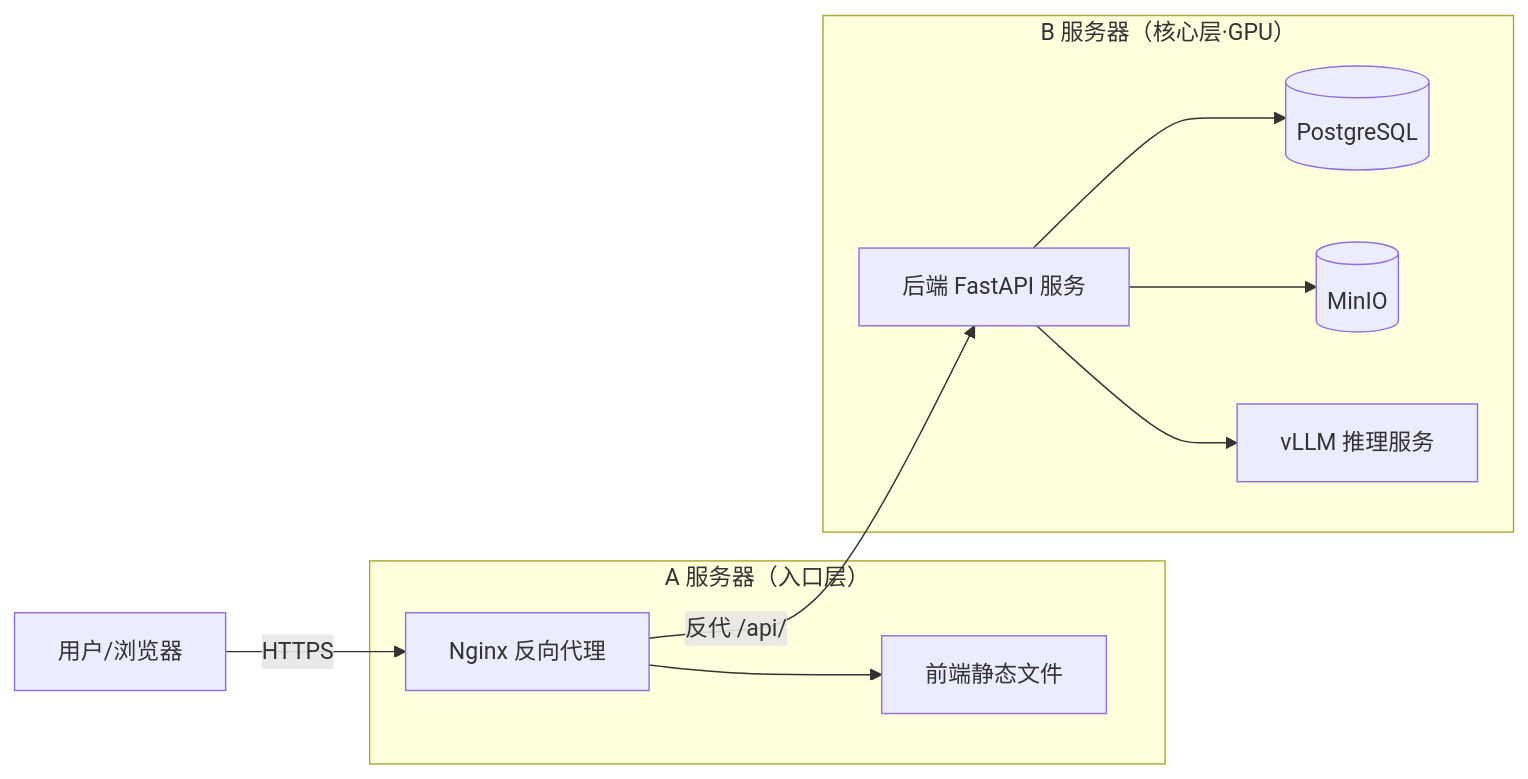
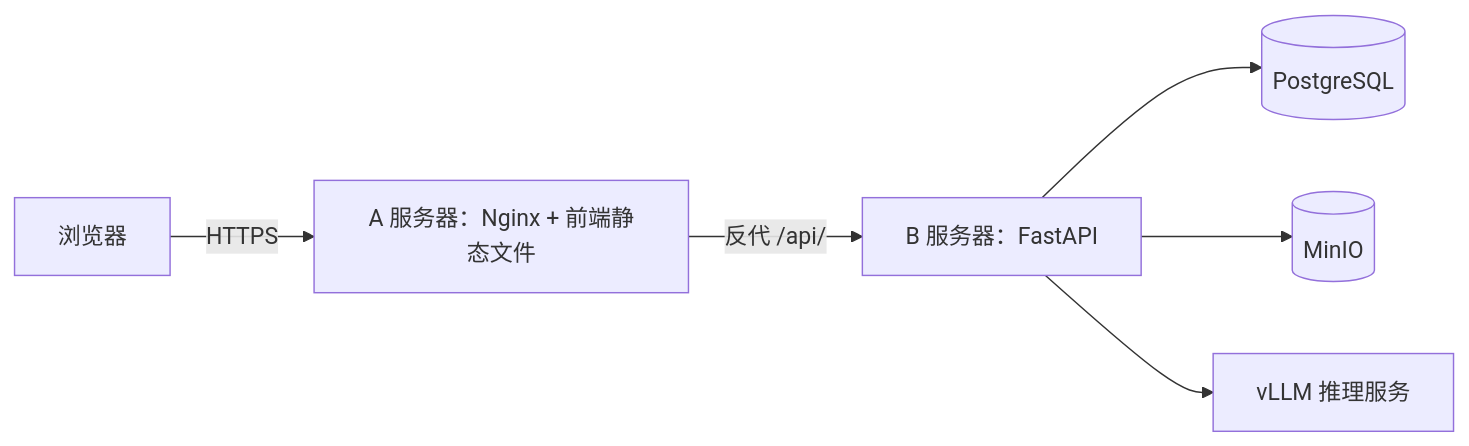
Before and after one commit to hordu-ma/sdszk-qa: the second of 2 diagrams in src/docs/ARCHITECTURE.md, drawn with Mermaid. The commit also changed other lines of this file and 11 other files, not shown here.

````diff
--- a/src/docs/ARCHITECTURE.md
+++ b/src/docs/ARCHITECTURE.md
@@ -137,23 +48,8 @@
 ```mermaid
 flowchart LR
-  用户[用户/浏览器]
-
-  subgraph A服务器["A 服务器（入口层）"]
-    Nginx[Nginx 反向代理]
-    前端[前端静态文件]
-  end
-
-  subgraph B服务器["B 服务器（核心层·GPU）"]
-    API[后端 FastAPI 服务]
-    数据库[(PostgreSQL)]
-    对象存储[(MinIO)]
-    LLM[vLLM 推理服务]
-  end
-
-  用户 -->|HTTPS| Nginx
-  Nginx --> 前端
-  Nginx -->|反代 /api/| API
-  API --> 数据库
-  API --> 对象存储
-  API --> LLM
+  U[浏览器] -->|HTTPS| N[A 服务器：Nginx + 前端静态文件]
+  N -->|反代 /api/| API[B 服务器：FastAPI]
+  API --> DB[(PostgreSQL)]
+  API --> OBJ[(MinIO)]
+  API --> LLM[vLLM 推理服务]
 ```
````
